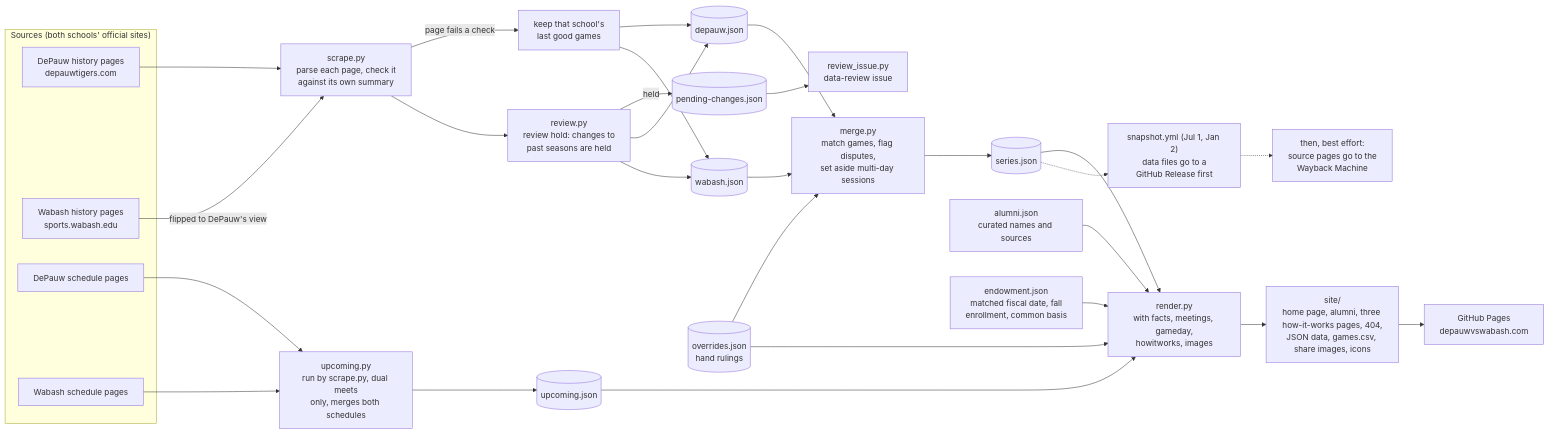
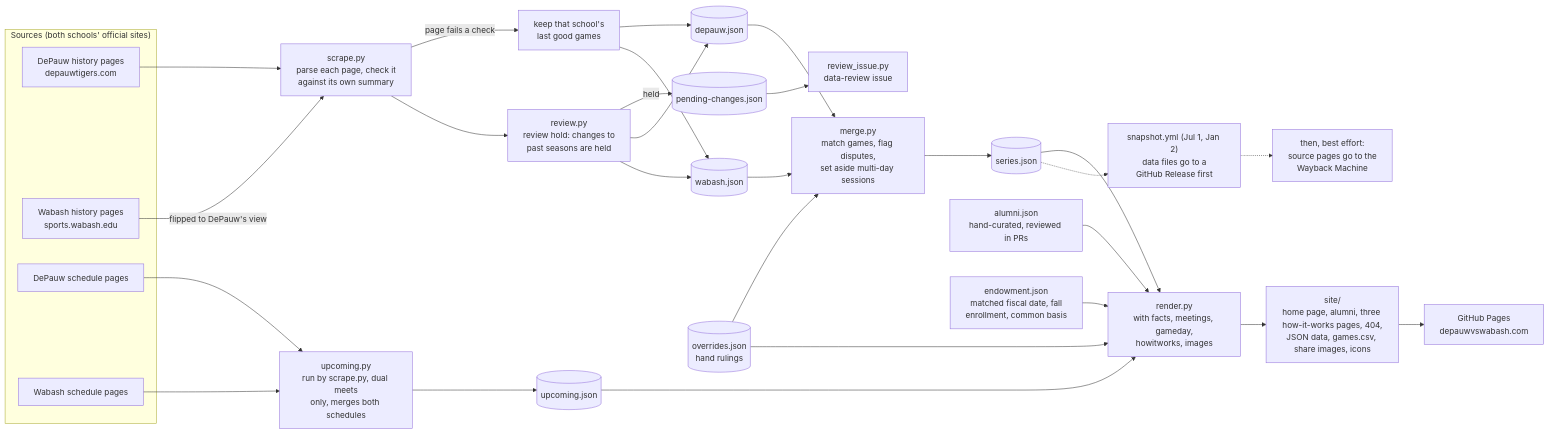
Before and after one commit to Haynesmodel/DePauw-vs-Wabash-web: the first of 3 diagrams in README.md, drawn with Mermaid. The commit also changed other lines of this file, not shown here.

````diff
--- a/README.md
+++ b/README.md
@@ -61,36 +72,36 @@
 ```mermaid
 flowchart LR
   subgraph SRC["Sources (both schools' official sites)"]
     DH["DePauw history pages<br/>depauwtigers.com"]
     WH["Wabash history pages<br/>sports.wabash.edu"]
     DS["DePauw schedule pages"]
     WS["Wabash schedule pages"]
   end
 
   DH --> P["scrape.py<br/>parse each page, check it<br/>against its own summary"]
   WH -- "flipped to DePauw's view" --> P
   P -- "page fails a check" --> K["keep that school's<br/>last good games"]
   P --> R["review.py<br/>review hold: changes to<br/>past seasons are held"]
   R -- "held" --> PC[("pending-changes.json")]
   PC --> RI["review_issue.py<br/>data-review issue"]
   R --> DJ[("depauw.json")]
   R --> WJ[("wabash.json")]
   K --> DJ
   K --> WJ
   DJ --> M["merge.py<br/>match games, flag disputes,<br/>set aside multi-day sessions"]
   WJ --> M
   OV[("overrides.json<br/>hand rulings")] --> M
   M --> SJ[("series.json")]
   DS --> U["upcoming.py<br/>run by scrape.py, dual meets<br/>only, merges both schedules"]
   WS --> U
   U --> UJ[("upcoming.json")]
   SJ --> RN["render.py<br/>with facts, meetings, gameday,<br/>howitworks, images"]
-  AL["alumni.json<br/>curated names and sources"] --> RN
+  AL["alumni.json<br/>hand-curated, reviewed in PRs"] --> RN
   EN["endowment.json<br/>matched fiscal date, fall<br/>enrollment, common basis"] --> RN
   UJ --> RN
   OV --> RN
   RN --> SITE["site/<br/>home page, alumni, three how-it-works pages, 404,<br/>JSON data, games.csv, share images, icons"]
   SITE --> GP["GitHub Pages<br/>depauwvswabash.com"]
   SJ -.-> SN["snapshot.yml (Jul 1, Jan 2)<br/>data files go to a<br/>GitHub Release first"]
   SN -.-> WB["then, best effort:<br/>source pages go to the<br/>Wayback Machine"]
 ```
````
